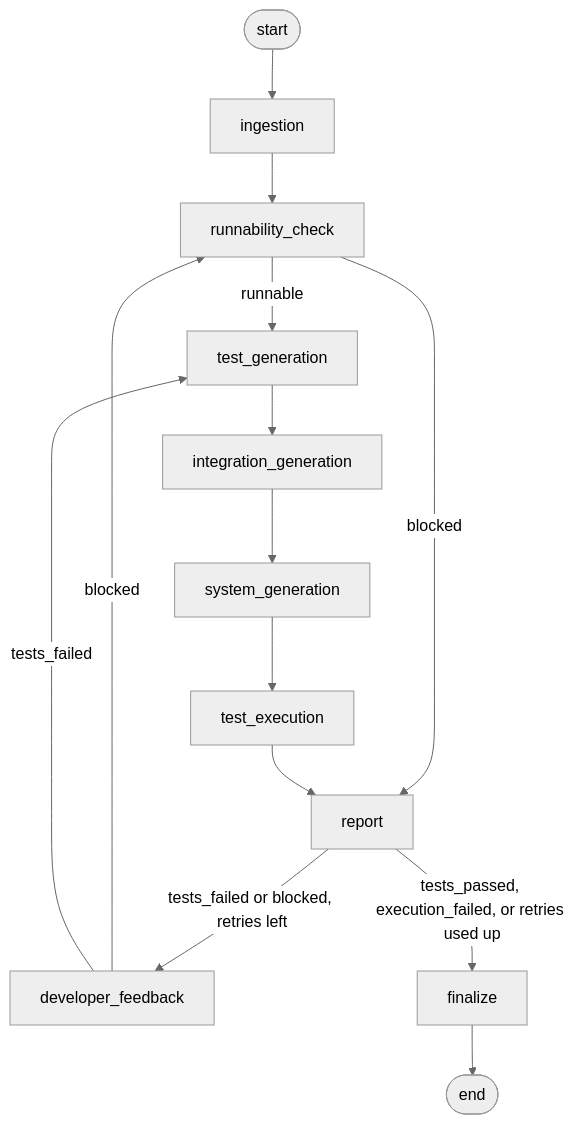
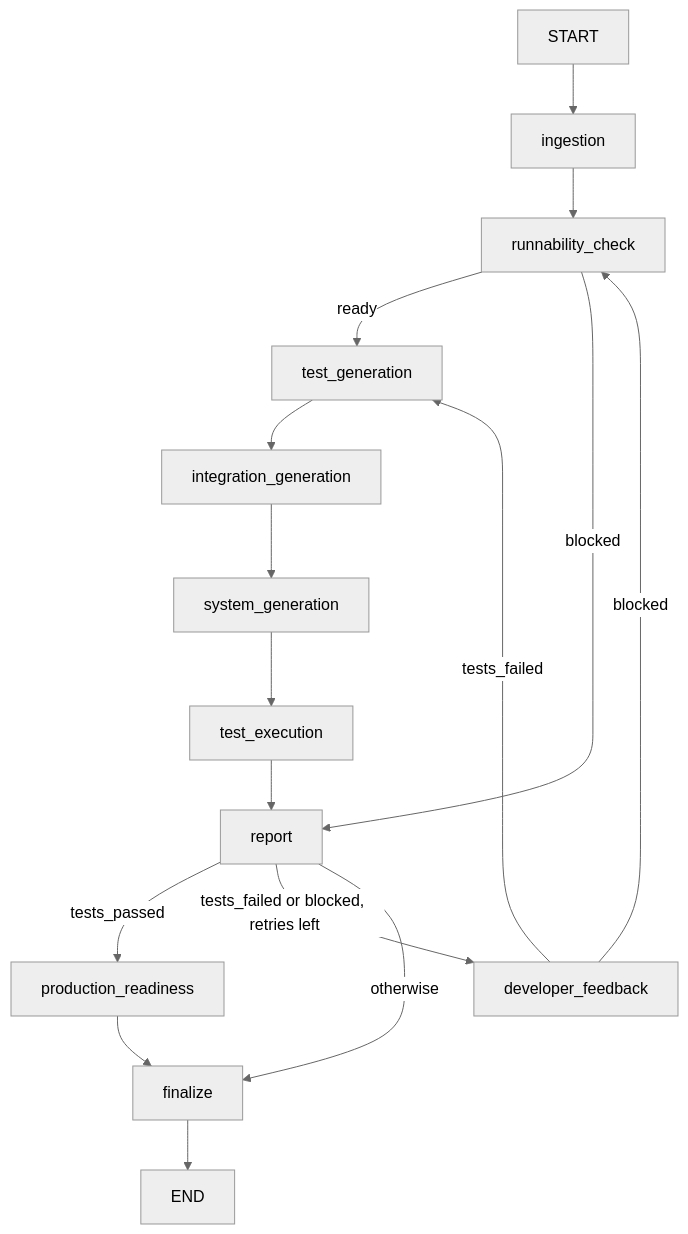
One commit to Muhammad-Ahmed-Rayyan/LangGraph-Test-QA-Pipeline changed the diagram in README.md. Above: the diagram before and after it, drawn with Mermaid (neutral theme). The commit also changed 10 other files, not shown here.

Commit message:
feat: add production readiness checks for projects whose tests pass

````diff
--- a/README.md
+++ b/README.md
@@ -70,18 +70,18 @@
 ```mermaid
 flowchart TD
-    START([start])
-    END([end])
     START --> ingestion
     ingestion --> runnability_check
-    runnability_check -->|runnable| test_generation
+    runnability_check -->|ready| test_generation
     runnability_check -->|blocked| report
     test_generation --> integration_generation
     integration_generation --> system_generation
     system_generation --> test_execution
     test_execution --> report
+    report -->|tests_passed| production_readiness
     report -->|tests_failed or blocked, retries left| developer_feedback
-    report -->|tests_passed, execution_failed, or retries used up| finalize
+    report -->|otherwise| finalize
+    production_readiness --> finalize
     developer_feedback -->|blocked| runnability_check
     developer_feedback -->|tests_failed| test_generation
     finalize --> END
 ```
````
